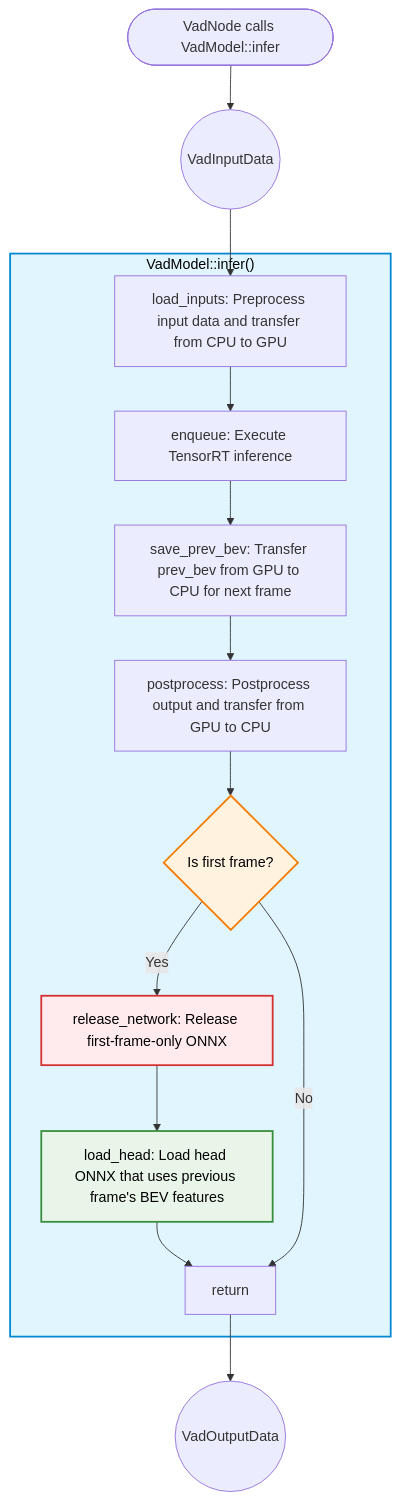
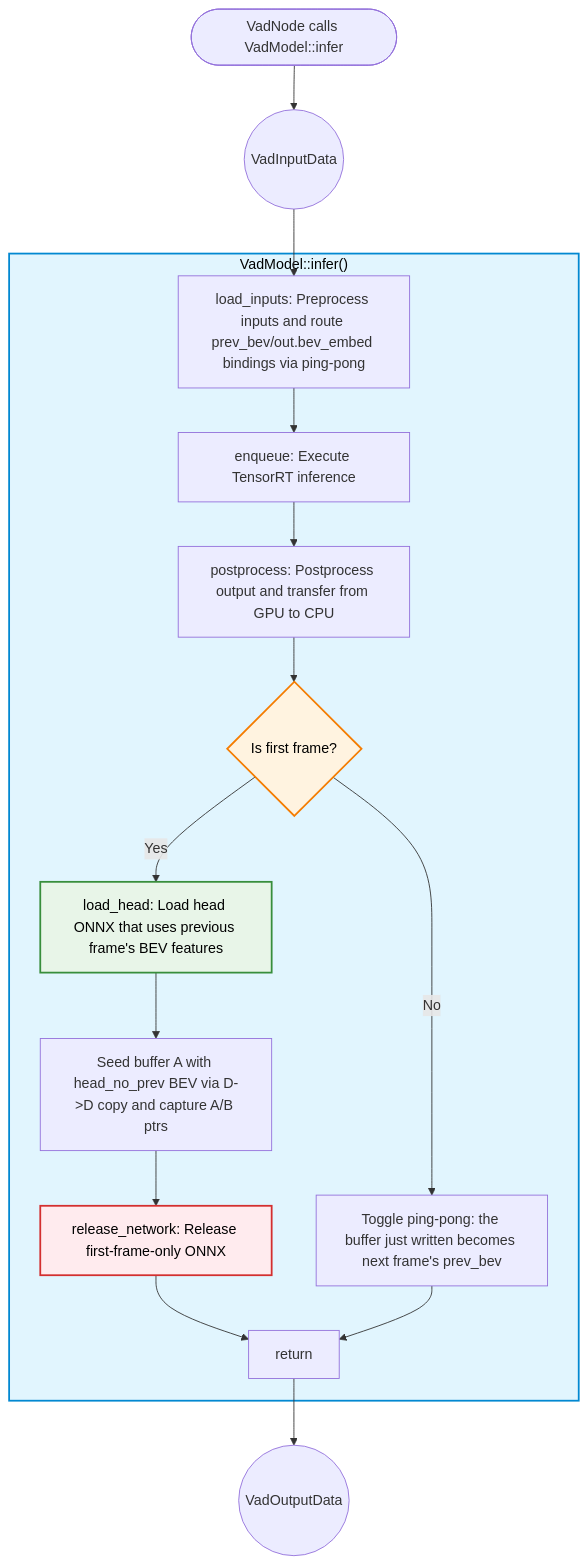
One commit to vividf/autoware.universe changed the first of 3 diagrams in e2e/autoware_tensorrt_vad/docs/design_vad_model.md. Above: the diagram before and after it, drawn with Mermaid. The commit also changed other lines of this file and 1 other file, not shown here.

First line of the commit message:
fix(autoware_tensorrt_vad): bind prev_bev via setTensorAddress (#12608)

````diff
--- a/e2e/autoware_tensorrt_vad/docs/design_vad_model.md
+++ b/e2e/autoware_tensorrt_vad/docs/design_vad_model.md
@@ -20,40 +20,41 @@
 ```mermaid
 flowchart TD
     Start([VadNode calls VadModel::infer]) --> VadInputDataBox((VadInputData))
     VadInputDataBox --> LoadInputs
 
     subgraph InferScope["VadModel::infer()"]
-        LoadInputs[load_inputs: Preprocess input data and transfer from CPU to GPU]
+        LoadInputs[load_inputs: Preprocess inputs and route prev_bev/out.bev_embed bindings via ping-pong]
         LoadInputs --> Enqueue[enqueue: Execute TensorRT inference]
-        Enqueue --> SavePrevBev[save_prev_bev: Transfer prev_bev from GPU to CPU for next frame]
-        SavePrevBev --> Postprocess[postprocess: Postprocess output and transfer from GPU to CPU]
+        Enqueue --> Postprocess[postprocess: Postprocess output and transfer from GPU to CPU]
 
         Postprocess --> CheckFirstFrame{Is first frame?}
 
-        CheckFirstFrame -->|Yes| ReleaseNetwork[release_network: Release first-frame-only ONNX]
-        ReleaseNetwork --> LoadHead[load_head: Load head ONNX that uses previous frame's BEV features]
-        LoadHead --> ReturnText[return]
+        CheckFirstFrame -->|Yes| LoadHead[load_head: Load head ONNX that uses previous frame's BEV features]
+        LoadHead --> SeedPingPong[Seed buffer A with head_no_prev BEV via D->D copy and capture A/B ptrs]
+        SeedPingPong --> ReleaseNetwork[release_network: Release first-frame-only ONNX]
+        ReleaseNetwork --> ReturnText[return]
 
-        CheckFirstFrame -->|No| ReturnText
+        CheckFirstFrame -->|No| SwapPingPong[Toggle ping-pong: the buffer just written becomes next frame's prev_bev]
+        SwapPingPong --> ReturnText
     end
 
     ReturnText --> VadOutputDataBox((VadOutputData))
 
 
 
     style InferScope fill:#e1f5fe,stroke:#0288d1,stroke-width:2px,color:#000000
     style CheckFirstFrame fill:#fff3e0,stroke:#f57c00,stroke-width:2px,color:#000000
     style ReleaseNetwork fill:#ffebee,stroke:#d32f2f,stroke-width:2px,color:#000000
     style LoadHead fill:#e8f5e8,stroke:#388e3c,stroke-width:2px,color:#000000
 
     %% Links to source code files
     click Start "https://github.com/autowarefoundation/autoware_universe/tree/main/e2e/autoware_tensorrt_vad/src/vad_node.hpp" "VadNode header file"
     click VadInputDataBox "https://github.com/autowarefoundation/autoware_universe/tree/main/e2e/autoware_tensorrt_vad/src/data_types.hpp" "VadInputData definition"
     click LoadInputs "https://github.com/autowarefoundation/autoware_universe/tree/main/e2e/autoware_tensorrt_vad/src/vad_model.hpp" "VadModel implementation"
     click Enqueue "https://github.com/autowarefoundation/autoware_universe/tree/main/e2e/autoware_tensorrt_vad/src/vad_model.hpp" "VadModel implementation"
     click SavePrevBev "https://github.com/autowarefoundation/autoware_universe/tree/main/e2e/autoware_tensorrt_vad/src/vad_model.hpp" "VadModel implementation"
     click Postprocess "https://github.com/autowarefoundation/autoware_universe/tree/main/e2e/autoware_tensorrt_vad/src/vad_model.hpp" "VadModel implementation"
     click ReleaseNetwork "https://github.com/autowarefoundation/autoware_universe/tree/main/e2e/autoware_tensorrt_vad/src/vad_model.hpp" "VadModel implementation"
     click LoadHead "https://github.com/autowarefoundation/autoware_universe/tree/main/e2e/autoware_tensorrt_vad/src/vad_model.hpp" "VadModel implementation"
     click VadOutputDataBox "https://github.com/autowarefoundation/autoware_universe/tree/main/e2e/autoware_tensorrt_vad/src/data_types.hpp" "VadOutputData definition"
 ```
````
